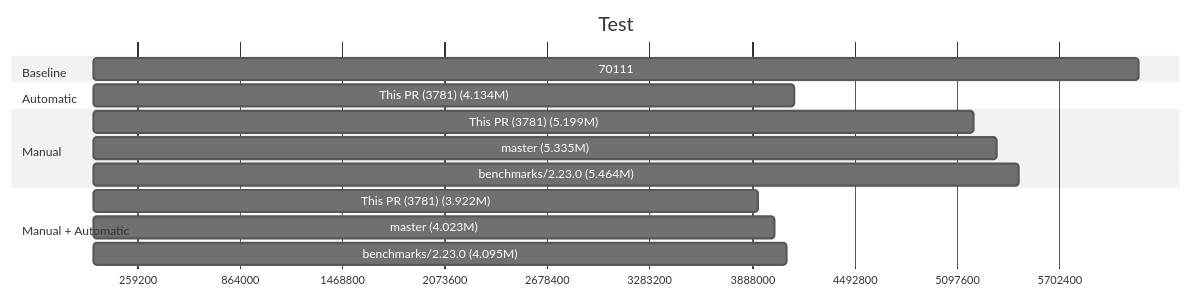
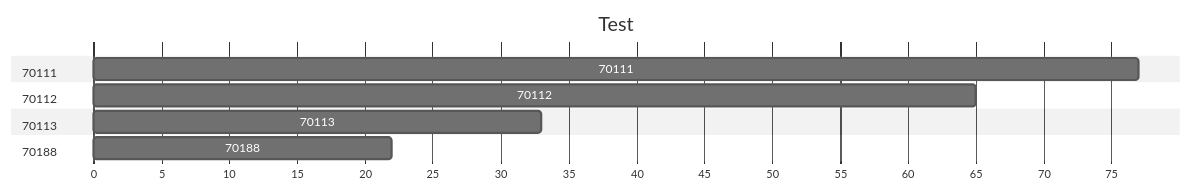
One commit to karistom/task-status changed the second of 2 diagrams in README.md. Above: the diagram before and after it, drawn with Mermaid (neutral theme).

````diff
--- a/README.md
+++ b/README.md
@@ -13,23 +13,19 @@
 ```mermaid
 gantt
     title Test
     todayMarker off
     dateFormat  X
     axisFormat %s
 
-    section Baseline
-    70111   : 0, 6170460
+    section 70111
+    70111   : 0, 77
 
-    section Automatic
-    This PR (3781) (4.134M)   : 0, 4134494
+    section 70112
+    70112   : 0, 65
 
-    section Manual
-    This PR (3781) (5.199M)   : 0, 5199286
-    master (5.335M)   : 0, 5335475
-    benchmarks/2.23.0 (5.464M)   : 0, 5464474
+    section 70113
+    70113   : 0, 33
 
-    section Manual + Automatic
-    This PR (3781) (3.922M)   : 0, 3921636
-    master (4.023M)   : 0, 4023108
-    benchmarks/2.23.0 (4.095M)   : 0, 4094835
+    section 70188
+    70188   : 0, 22
 ```
````
